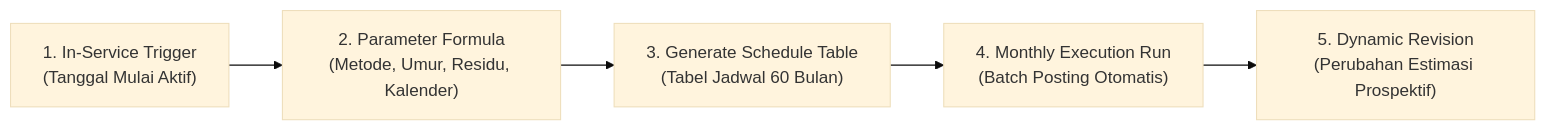
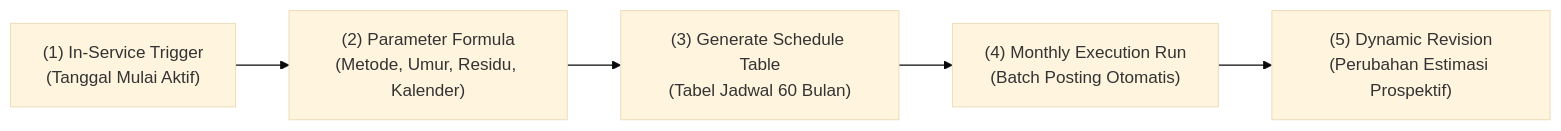
One commit to alimurrofid/erp-notes changed the first of 2 diagrams in content/08-assets/depreciation-management.md. Above: the diagram before and after it, drawn with Mermaid (base theme). The commit also changed other lines of this file and 132 other files, not shown here.

````diff
--- a/content/08-assets/depreciation-management.md
+++ b/content/08-assets/depreciation-management.md
@@ -9,7 +9,7 @@
 ```mermaid
 flowchart LR
-    InServ["1. In-Service Trigger<br/>(Tanggal Mulai Aktif)"] --> Setup["2. Parameter Formula<br/>(Metode, Umur, Residu, Kalender)"]
-    Setup --> Sched["3. Generate Schedule Table<br/>(Tabel Jadwal 60 Bulan)"]
-    Sched --> Run["4. Monthly Execution Run<br/>(Batch Posting Otomatis)"]
-    Run --> Adjust["5. Dynamic Revision<br/>(Perubahan Estimasi Prospektif)"]
+    InServ["(1) In-Service Trigger<br/>(Tanggal Mulai Aktif)"] --> Setup["(2) Parameter Formula<br/>(Metode, Umur, Residu, Kalender)"]
+    Setup --> Sched["(3) Generate Schedule Table<br/>(Tabel Jadwal 60 Bulan)"]
+    Sched --> Run["(4) Monthly Execution Run<br/>(Batch Posting Otomatis)"]
+    Run --> Adjust["(5) Dynamic Revision<br/>(Perubahan Estimasi Prospektif)"]
 ```
````
